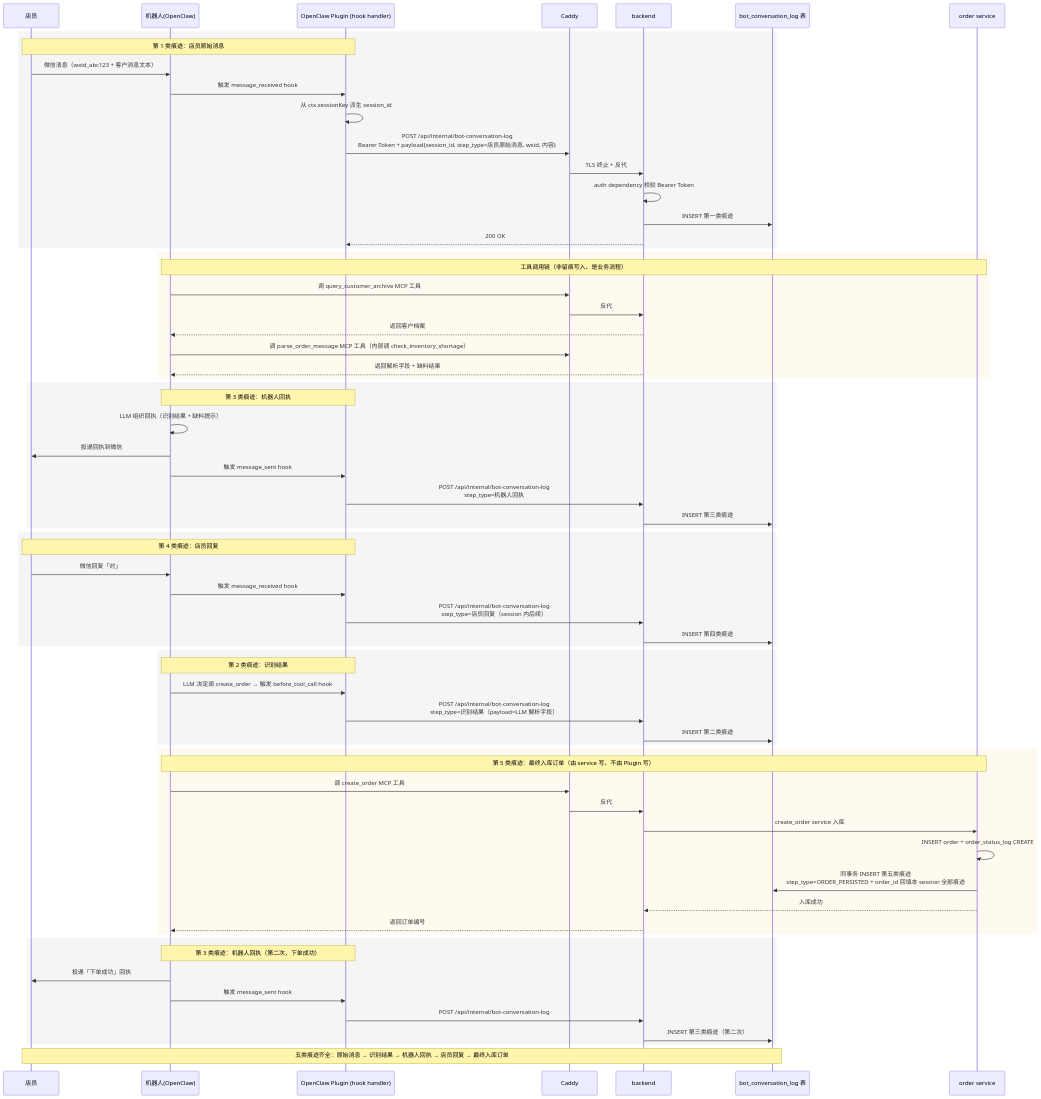
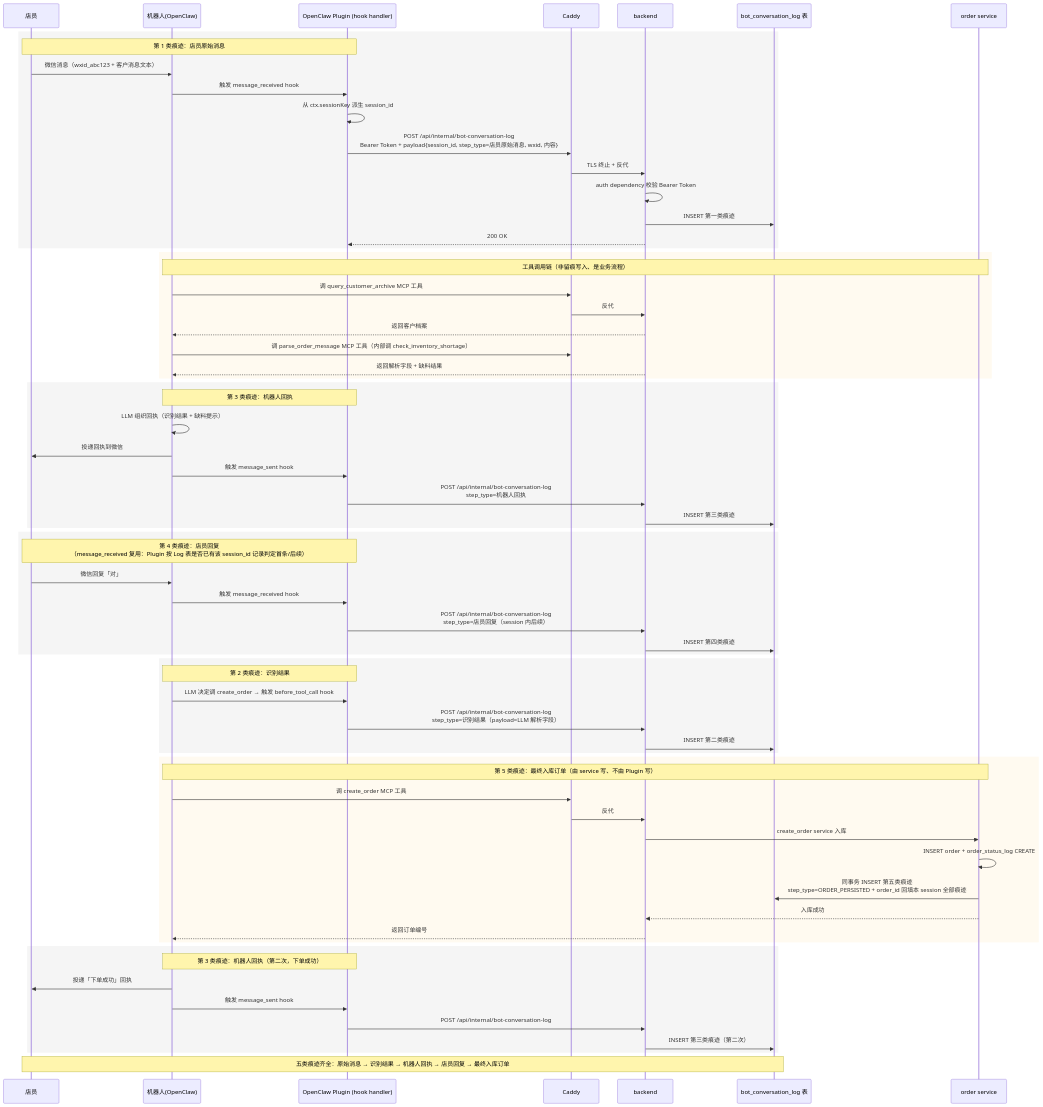
Before and after one commit to Antiqueeeee/cake-management: diagram 27 of 35 in docs/时序图.md, drawn with Mermaid. The commit also changed other lines of this file, not shown here.

First line of the commit message:
时序图 v1.4.1：按 v1.4 子代理 review 修 1 必修 + 2 建议修

````diff
--- a/docs/时序图.md
+++ b/docs/时序图.md
@@ -1394,76 +1396,76 @@
 ```mermaid
 sequenceDiagram
     participant 店员
     participant OpenClaw as 机器人(OpenClaw)
     participant Plugin as OpenClaw Plugin (hook handler)
     participant Caddy
     participant 系统 as backend
     participant Log as bot_conversation_log 表
     participant Order as order service
 
     rect rgb(245, 245, 245)
     Note over 店员,Plugin: 第 1 类痕迹：店员原始消息
     店员->>OpenClaw: 微信消息（wxid_abc123 + 客户消息文本）
     OpenClaw->>Plugin: 触发 message_received hook
     Plugin->>Plugin: 从 ctx.sessionKey 派生 session_id
     Plugin->>Caddy: POST /api/internal/bot-conversation-log<br/>Bearer Token + payload{session_id, step_type=店员原始消息, wxid, 内容}
     Caddy->>系统: TLS 终止 + 反代
     系统->>系统: auth dependency 校验 Bearer Token
     系统->>Log: INSERT 第一类痕迹
     系统-->>Plugin: 200 OK
     end
 
     rect rgb(255, 250, 240)
     Note over OpenClaw,Order: 工具调用链（非留痕写入、是业务流程）
     OpenClaw->>Caddy: 调 query_customer_archive MCP 工具
     Caddy->>系统: 反代
     系统-->>OpenClaw: 返回客户档案
     OpenClaw->>Caddy: 调 parse_order_message MCP 工具（内部调 check_inventory_shortage）
     系统-->>OpenClaw: 返回解析字段 + 缺料结果
     end
 
     rect rgb(245, 245, 245)
     Note over OpenClaw,Plugin: 第 3 类痕迹：机器人回执
     OpenClaw->>OpenClaw: LLM 组织回执（识别结果 + 缺料提示）
     OpenClaw->>店员: 投递回执到微信
     OpenClaw->>Plugin: 触发 message_sent hook
     Plugin->>系统: POST /api/internal/bot-conversation-log<br/>step_type=机器人回执
     系统->>Log: INSERT 第三类痕迹
     end
 
     rect rgb(245, 245, 245)
-    Note over 店员,Plugin: 第 4 类痕迹：店员回复
+    Note over 店员,Plugin: 第 4 类痕迹：店员回复<br/>（message_received 复用：Plugin 按 Log 表是否已有该 session_id 记录判定首条/后续）
     店员->>OpenClaw: 微信回复「对」
     OpenClaw->>Plugin: 触发 message_received hook
     Plugin->>系统: POST /api/internal/bot-conversation-log<br/>step_type=店员回复（session 内后续）
     系统->>Log: INSERT 第四类痕迹
     end
 
     rect rgb(245, 245, 245)
     Note over OpenClaw,Plugin: 第 2 类痕迹：识别结果
     OpenClaw->>Plugin: LLM 决定调 create_order → 触发 before_tool_call hook
     Plugin->>系统: POST /api/internal/bot-conversation-log<br/>step_type=识别结果（payload=LLM 解析字段）
     系统->>Log: INSERT 第二类痕迹
     end
 
     rect rgb(255, 250, 240)
     Note over OpenClaw,Order: 第 5 类痕迹：最终入库订单（由 service 写、不由 Plugin 写）
     OpenClaw->>Caddy: 调 create_order MCP 工具
     Caddy->>系统: 反代
     系统->>Order: create_order service 入库
     Order->>Order: INSERT order + order_status_log CREATE
     Order->>Log: 同事务 INSERT 第五类痕迹<br/>step_type=ORDER_PERSISTED + order_id 回填本 session 全部痕迹
     Order-->>系统: 入库成功
     系统-->>OpenClaw: 返回订单编号
     end
 
     rect rgb(245, 245, 245)
     Note over OpenClaw,Plugin: 第 3 类痕迹：机器人回执（第二次，下单成功）
     OpenClaw->>店员: 投递「下单成功」回执
     OpenClaw->>Plugin: 触发 message_sent hook
     Plugin->>系统: POST /api/internal/bot-conversation-log
     系统->>Log: INSERT 第三类痕迹（第二次）
     end
 
     Note over 店员,Log: 五类痕迹齐全：原始消息 → 识别结果 → 机器人回执 → 店员回复 → 最终入库订单
 ```
````
